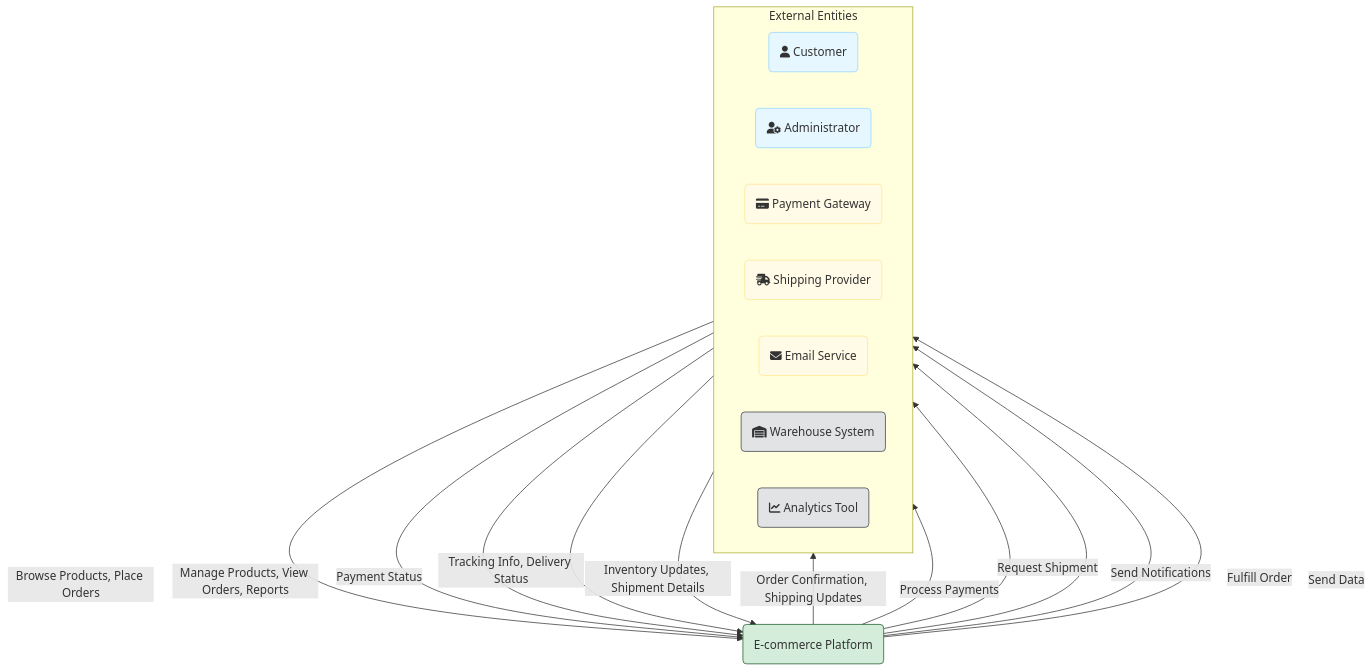
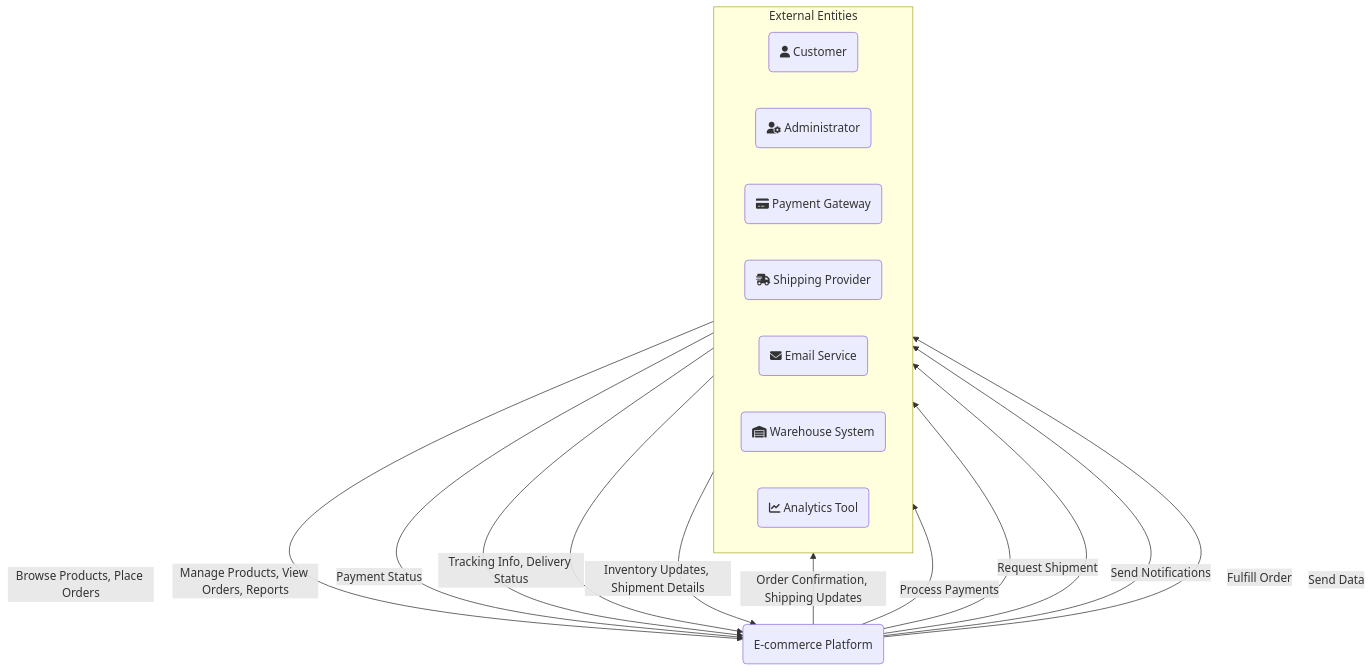
Before and after one commit to sujith-eag/sujith-library: the fourth of 4 diagrams in docs/software-modeling/context-modeling.md, drawn with Mermaid. The commit also changed other lines of this file and 41 other files, not shown here.

First line of the commit message:
Refactor diagrams and remove redundant styles in documentation

````diff
--- a/docs/software-modeling/context-modeling.md
+++ b/docs/software-modeling/context-modeling.md
@@ -128,42 +108,33 @@
 ```mermaid
 graph TB
     subgraph "External Entities"
         direction LR
         customer(fa:fa-user Customer)
         admin(fa:fa-user-cog Administrator)
         payment_gateway(fa:fa-credit-card Payment Gateway)
         shipping_provider(fa:fa-shipping-fast Shipping Provider)
         email_service(fa:fa-envelope Email Service)
         warehouse(fa:fa-warehouse Warehouse System)
         analytics_tool(fa:fa-chart-line Analytics Tool)
     end
 
     ecommerce_platform(E-commerce Platform)
 
     customer -- "Browse Products, Place Orders" --> ecommerce_platform
     ecommerce_platform -- "Order Confirmation, Shipping Updates" --> customer
     
     admin -- "Manage Products, View Orders, Reports" --> ecommerce_platform
     
     ecommerce_platform -- "Process Payments" --> payment_gateway
     payment_gateway -- "Payment Status" --> ecommerce_platform
     
     ecommerce_platform -- "Request Shipment" --> shipping_provider
     shipping_provider -- "Tracking Info, Delivery Status" --> ecommerce_platform
     
     ecommerce_platform -- "Send Notifications" --> email_service
     
     ecommerce_platform -- "Fulfill Order" --> warehouse
     warehouse -- "Inventory Updates, Shipment Details" --> ecommerce_platform
     
     ecommerce_platform -- "Send Data" --> analytics_tool
-
-    style ecommerce_platform fill:#d4edda,stroke:#155724
-    style customer fill:#e6f7ff,stroke:#91d5ff
-    style admin fill:#e6f7ff,stroke:#91d5ff
-    style payment_gateway fill:#fffbe6,stroke:#ffe58f
-    style shipping_provider fill:#fffbe6,stroke:#ffe58f
-    style email_service fill:#fffbe6,stroke:#ffe58f
-    style warehouse fill:#e2e3e5,stroke:#383d41
-    style analytics_tool fill:#e2e3e5,stroke:#383d41
 ```
````
